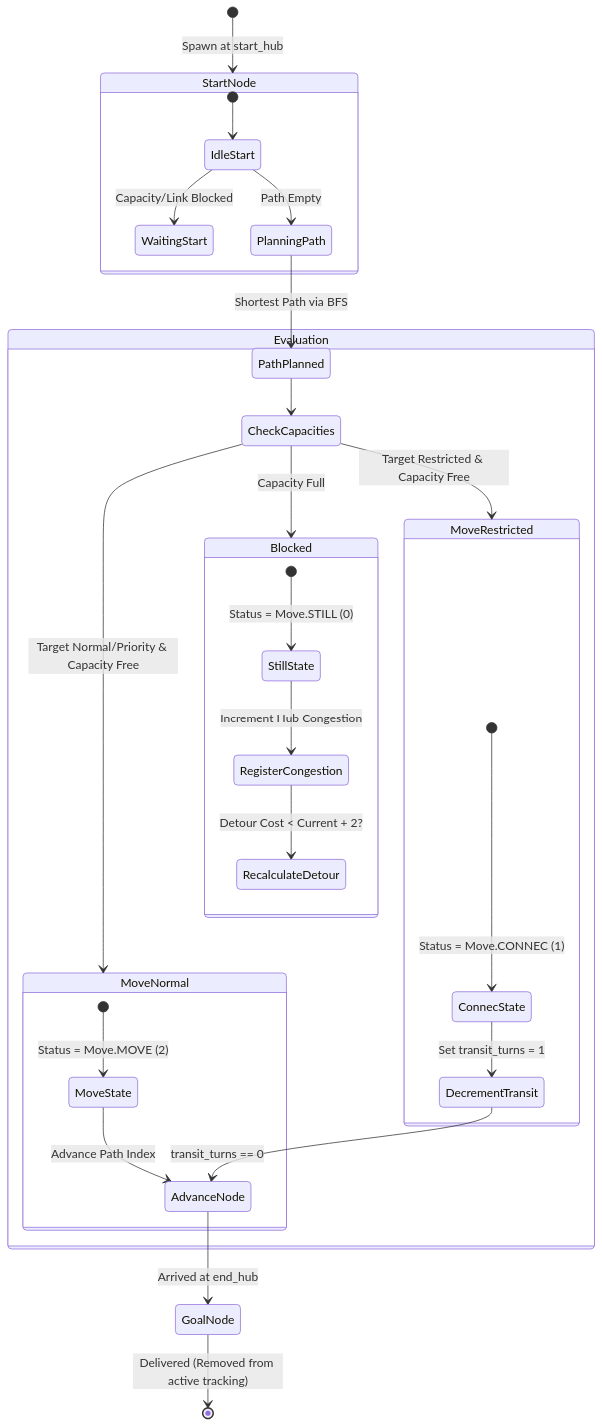
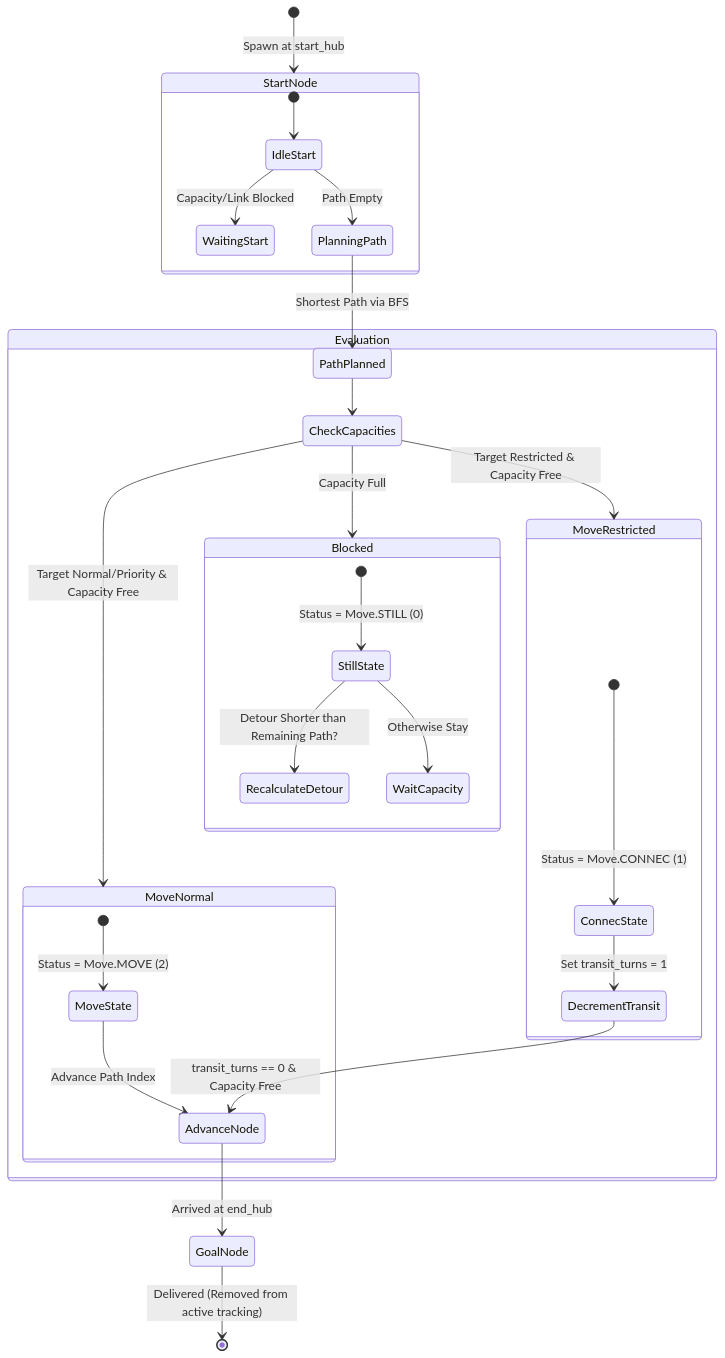
The second of 2 diagrams in README.md (agalvan-dc/Fly-in), drawn with Mermaid before and after one commit. The commit also changed other lines of this file and 7 other files, not shown here.

````diff
--- a/README.md
+++ b/README.md
@@ -180,41 +176,41 @@
 ```mermaid
 stateDiagram-v2
     [*] --> StartNode : Spawn at start_hub
 
     state StartNode {
         [*] --> IdleStart
         IdleStart --> WaitingStart : Capacity/Link Blocked
         IdleStart --> PlanningPath : Path Empty
     }
 
     PlanningPath --> PathPlanned : Shortest Path via BFS
 
     state Evaluation {
         PathPlanned --> CheckCapacities
         CheckCapacities --> MoveNormal : Target Normal/Priority & Capacity Free
         CheckCapacities --> MoveRestricted : Target Restricted & Capacity Free
         CheckCapacities --> Blocked : Capacity Full
     }
 
     state MoveNormal {
         [*] --> MoveState : Status = Move.MOVE (2)
         MoveState --> AdvanceNode : Advance Path Index
     }
 
     state MoveRestricted {
         [*] --> ConnecState : Status = Move.CONNEC (1)
         ConnecState --> DecrementTransit : Set transit_turns = 1
     }
 
     state Blocked {
         [*] --> StillState : Status = Move.STILL (0)
-        StillState --> RegisterCongestion : Increment Hub Congestion
-        RegisterCongestion --> RecalculateDetour : Detour Cost < Current + 2?
+        StillState --> RecalculateDetour : Detour Shorter than Remaining Path?
+        StillState --> WaitCapacity : Otherwise Stay
     }
 
-    DecrementTransit --> AdvanceNode : transit_turns == 0
+    DecrementTransit --> AdvanceNode : transit_turns == 0 & Capacity Free
     AdvanceNode --> GoalNode : Arrived at end_hub
 
     GoalNode --> [*] : Delivered (Removed from active tracking)
 
 ```
````
